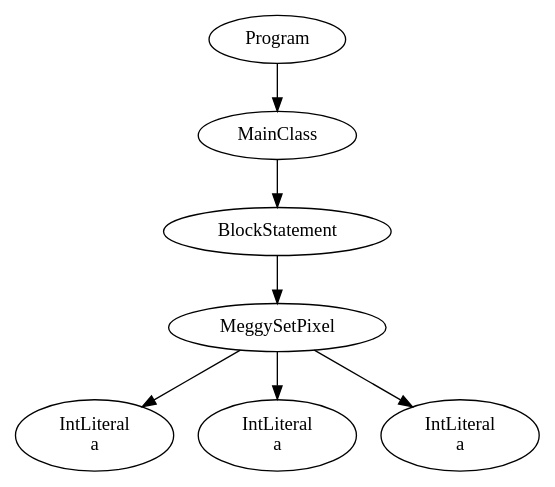
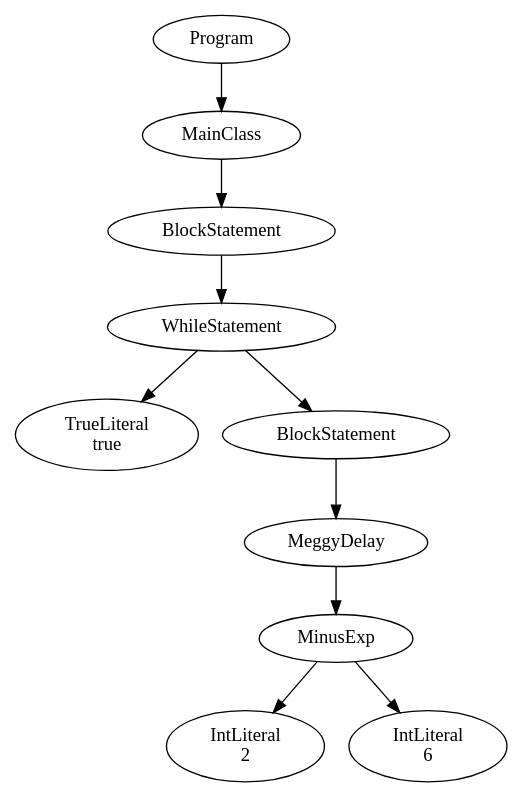
Before and after one commit to zamattiac/CS-4620: the diagram in PA3/trial.java.dot, drawn with Graphviz. The commit also changed 13 other files, not shown here.

```diff
--- a/PA3/trial.java.dot
+++ b/PA3/trial.java.dot
@@ -1,15 +1,21 @@
 digraph ASTGraph {
 0 [ label="Program" ];
 1 [ label="MainClass" ];
 0 -> 1
 2 [ label="BlockStatement" ];
 1 -> 2
-3 [ label="MeggySetPixel" ];
+3 [ label="WhileStatement" ];
 2 -> 3
-4 [ label="IntLiteral\na" ];
+4 [ label="TrueLiteral\ntrue" ];
 3 -> 4
-5 [ label="IntLiteral\na" ];
+5 [ label="BlockStatement" ];
 3 -> 5
-6 [ label="IntLiteral\na" ];
-3 -> 6
+6 [ label="MeggyDelay" ];
+5 -> 6
+7 [ label="MinusExp" ];
+6 -> 7
+8 [ label="IntLiteral\n2" ];
+7 -> 8
+9 [ label="IntLiteral\n6" ];
+7 -> 9
 }
```
